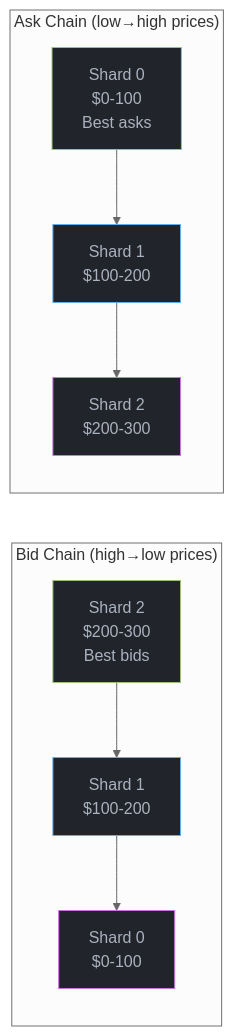
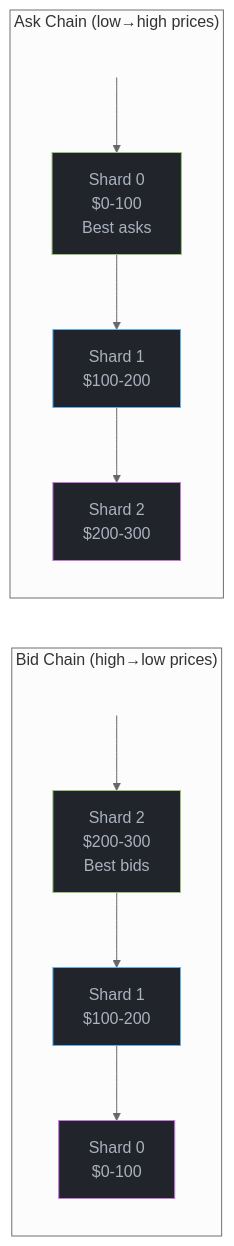
One commit to mgild/mintlify-docs changed the third of 8 diagrams in concepts/sharding.mdx. Above: the diagram before and after it, drawn with Mermaid (neutral theme). The commit also changed other lines of this file and 19 other files, not shown here.

````diff
--- a/concepts/sharding.mdx
+++ b/concepts/sharding.mdx
@@ -99,18 +99,24 @@
 ```mermaid
 
 flowchart LR
     subgraph BidChain["Bid Chain (high→low prices)"]
+        BidSpacer[ ]
         B0["Shard 2<br/>$200-300<br/>Best bids"] --> B1["Shard 1<br/>$100-200"] --> B2["Shard 0<br/>$0-100"]
+        BidSpacer --> B0
     end
 
     subgraph AskChain["Ask Chain (low→high prices)"]
+        AskSpacer[ ]
         A0["Shard 0<br/>$0-100<br/>Best asks"] --> A1["Shard 1<br/>$100-200"] --> A2["Shard 2<br/>$200-300"]
+        AskSpacer --> A0
     end
 
+    style BidSpacer fill:transparent,stroke:transparent,color:transparent
+    style AskSpacer fill:transparent,stroke:transparent,color:transparent
     style B0 fill:#21252b,stroke:#98c379,color:#abb2bf
     style B1 fill:#21252b,stroke:#61afef,color:#abb2bf
     style B2 fill:#21252b,stroke:#c678dd,color:#abb2bf
     style A0 fill:#21252b,stroke:#98c379,color:#abb2bf
     style A1 fill:#21252b,stroke:#61afef,color:#abb2bf
     style A2 fill:#21252b,stroke:#c678dd,color:#abb2bf
 ```
````
